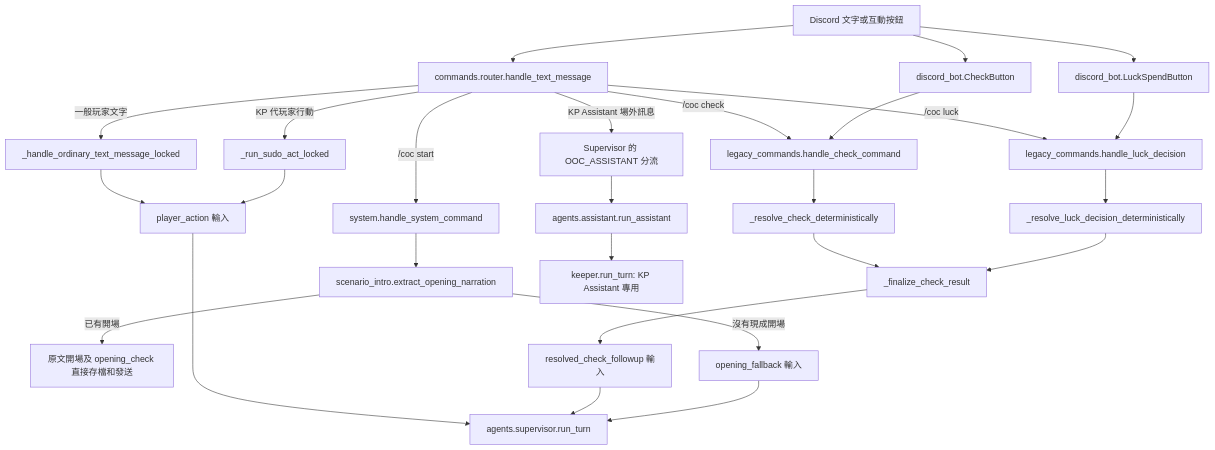
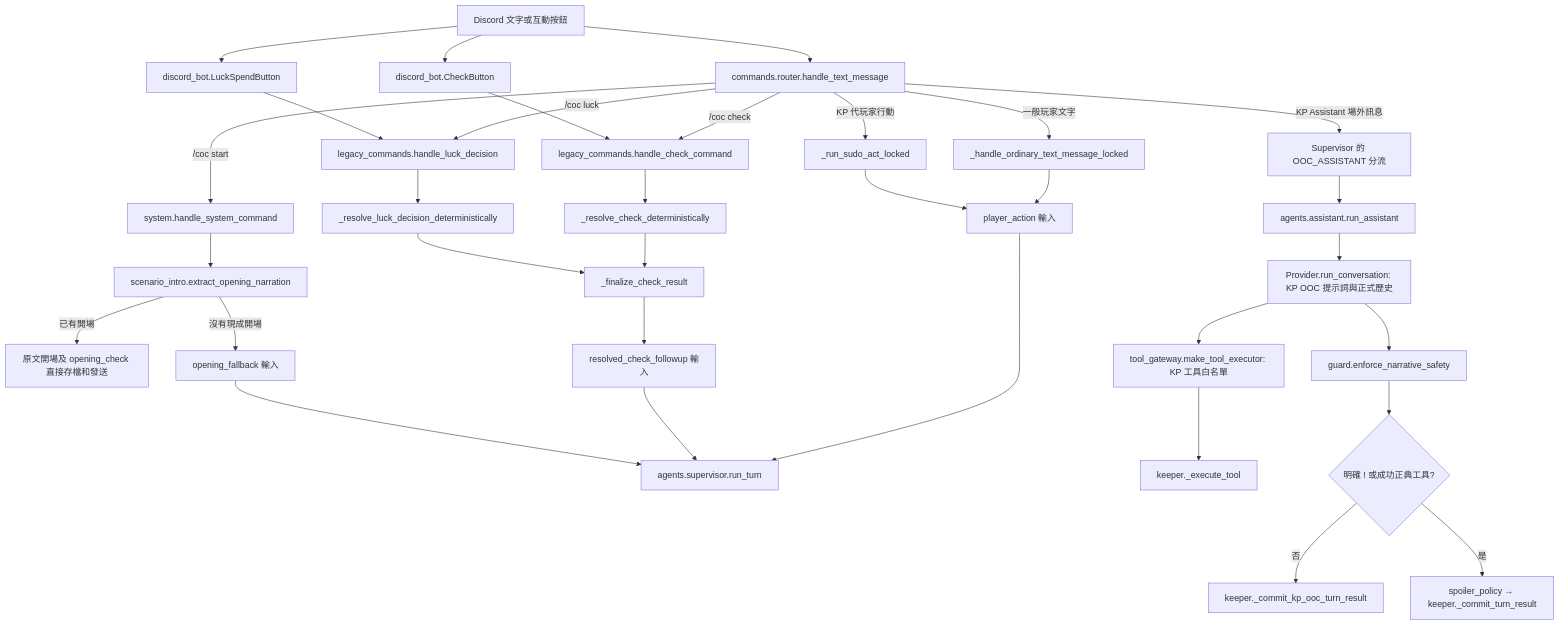
One commit to marcoliu99/line-coc-keeper changed the first of 2 diagrams in docs/unified_keeper_turn_flow_design_spec.md. Above: the diagram before and after it, drawn with Mermaid. The commit also changed other lines of this file and 4 other files, not shown here.

Commit message:
refactor: move KP Assistant off legacy Keeper turn loop

````diff
--- a/docs/unified_keeper_turn_flow_design_spec.md
+++ b/docs/unified_keeper_turn_flow_design_spec.md
@@ -24,29 +24,35 @@
 ```mermaid
 flowchart TD
     Discord[Discord 文字或互動按鈕] --> Router[commands.router.handle_text_message]
     Discord --> CheckButton[discord_bot.CheckButton]
     Discord --> LuckButton[discord_bot.LuckSpendButton]
     Router -->|一般玩家文字| Ordinary[_handle_ordinary_text_message_locked]
     Router -->|KP 代玩家行動| Sudo[_run_sudo_act_locked]
     Router -->|/coc check| Check[legacy_commands.handle_check_command]
     Router -->|/coc luck| Luck[legacy_commands.handle_luck_decision]
     CheckButton --> Check
     LuckButton --> Luck
     Check --> Dice[_resolve_check_deterministically]
     Luck --> LuckResolve[_resolve_luck_decision_deterministically]
     Dice --> Finalize[_finalize_check_result]
     LuckResolve --> Finalize
     Router -->|/coc start| Start[system.handle_system_command]
     Start --> Intro[scenario_intro.extract_opening_narration]
     Intro -->|已有開場| Existing[原文開場及 opening_check 直接存檔和發送]
     Intro -->|沒有現成開場| Opening[opening_fallback 輸入]
     Ordinary --> Player[player_action 輸入]
     Sudo --> Player
     Finalize --> Resolved[resolved_check_followup 輸入]
     Player --> Supervisor[agents.supervisor.run_turn]
     Resolved --> Supervisor
     Opening --> Supervisor
     Router -->|KP Assistant 場外訊息| KPOOC[Supervisor 的 OOC_ASSISTANT 分流]
     KPOOC --> Assistant[agents.assistant.run_assistant]
-    Assistant --> KPKeeper[keeper.run_turn: KP Assistant 專用]
+    Assistant --> KPProvider[Provider.run_conversation: KP OOC 提示詞與正式歷史]
+    KPProvider --> KPGateway[tool_gateway.make_tool_executor: KP 工具白名單]
+    KPGateway --> Authority[keeper._execute_tool]
+    KPProvider --> KPGuard[guard.enforce_narrative_safety]
+    KPGuard --> KPDecision{明確 ! 或成功正典工具?}
+    KPDecision -->|否| KPOOCLog[keeper._commit_kp_ooc_turn_result]
+    KPDecision -->|是| KPCanon[spoiler_policy → keeper._commit_turn_result]
 ```
````
